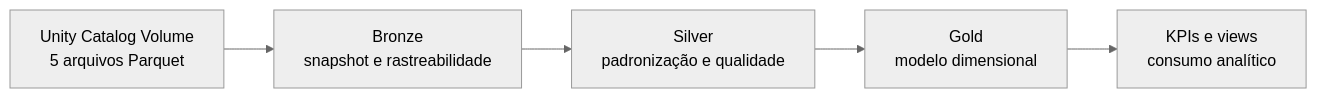
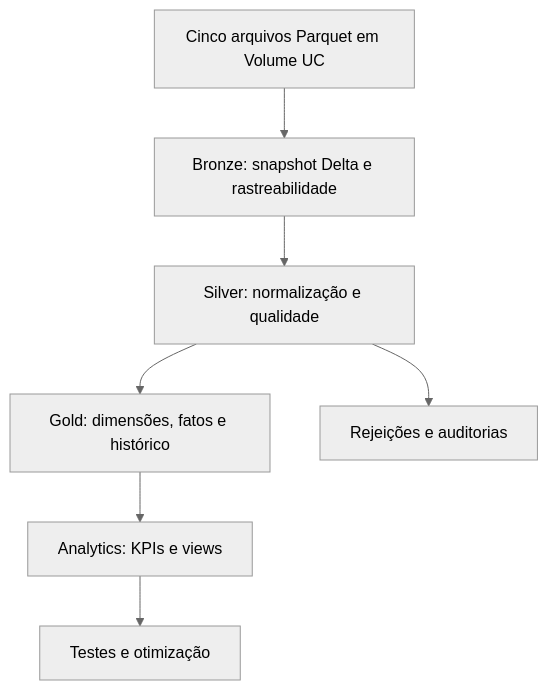
One commit to RowerBomfim/nordeste-health-lakehouse changed the diagram in README.md. Above: the diagram before and after it, drawn with Mermaid (neutral theme). The commit also changed other lines of this file and 2 other files, not shown here.

````diff
--- a/README.md
+++ b/README.md
@@ -27,7 +27,9 @@
 ```mermaid
-flowchart LR
-    A["Unity Catalog Volume<br/>5 arquivos Parquet"] --> B["Bronze<br/>snapshot e rastreabilidade"]
-    B --> C["Silver<br/>padronização e qualidade"]
-    C --> D["Gold<br/>modelo dimensional"]
-    D --> E["KPIs e views<br/>consumo analítico"]
+flowchart TD
+    A["Cinco arquivos Parquet em Volume UC"] --> B["Bronze: snapshot Delta e rastreabilidade"]
+    B --> C["Silver: normalização e qualidade"]
+    C --> D["Gold: dimensões, fatos e histórico"]
+    D --> E["Analytics: KPIs e views"]
+    C --> F["Rejeições e auditorias"]
+    E --> G["Testes e otimização"]
 ```
````
